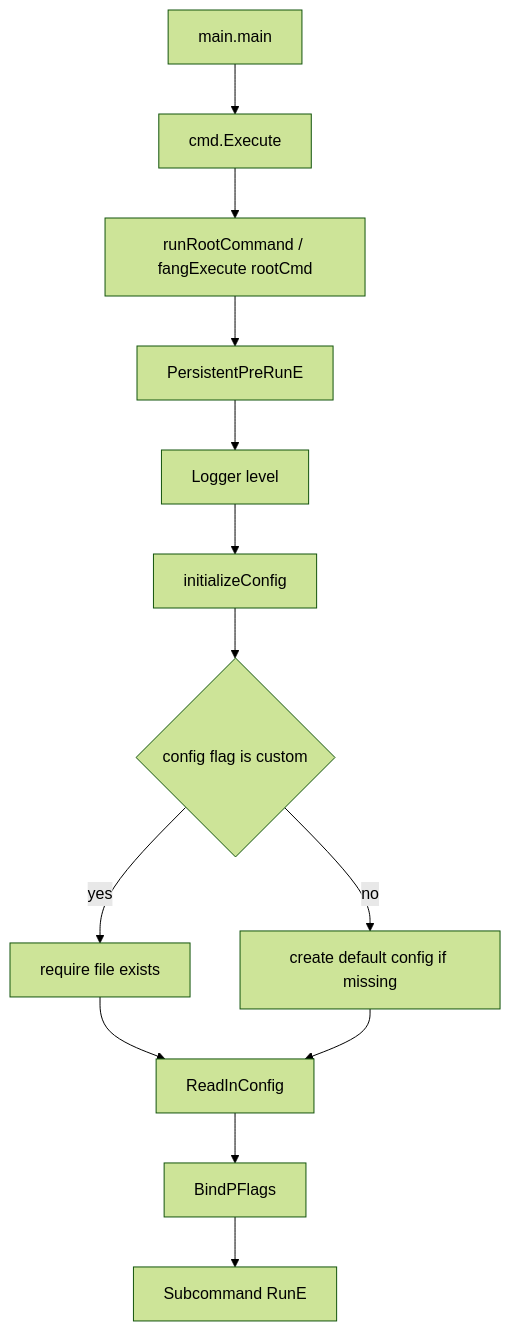
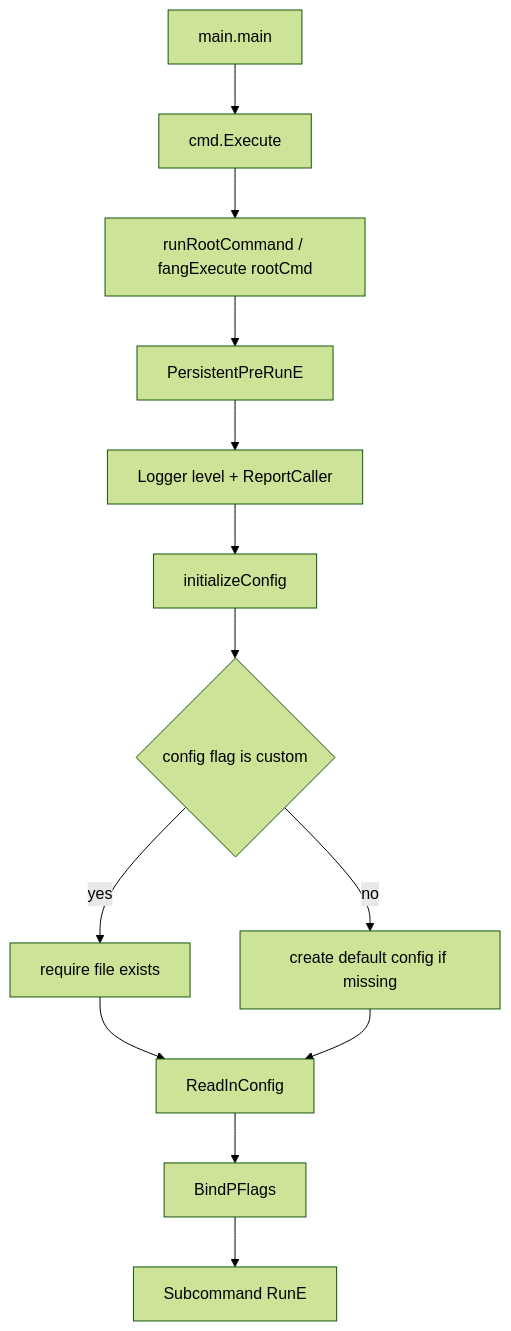
One commit to northwood-labs/aws-sso-manager changed the diagram in docs/comprehensive.md. Above: the diagram before and after it, drawn with Mermaid (forest theme). The commit also changed other lines of this file and 20 other files, not shown here.

First line of the commit message:
docs: Added comprehensive documentation and architectural design rationale.

````diff
--- a/docs/comprehensive.md
+++ b/docs/comprehensive.md
@@ -33,15 +34,15 @@
 ```mermaid
 flowchart TD
 A[main.main] --> B[cmd.Execute]
 B --> C[runRootCommand / fangExecute rootCmd]
 C --> D[PersistentPreRunE]
-D --> E[Logger level]
+D --> E[Logger level + ReportCaller]
 E --> F[initializeConfig]
 F --> G{config flag is custom}
 G -->|yes| H[require file exists]
 G -->|no| I[create default config if missing]
 H --> J[ReadInConfig]
 I --> J[ReadInConfig]
 J --> K[BindPFlags]
 K --> L[Subcommand RunE]
 ```
````
